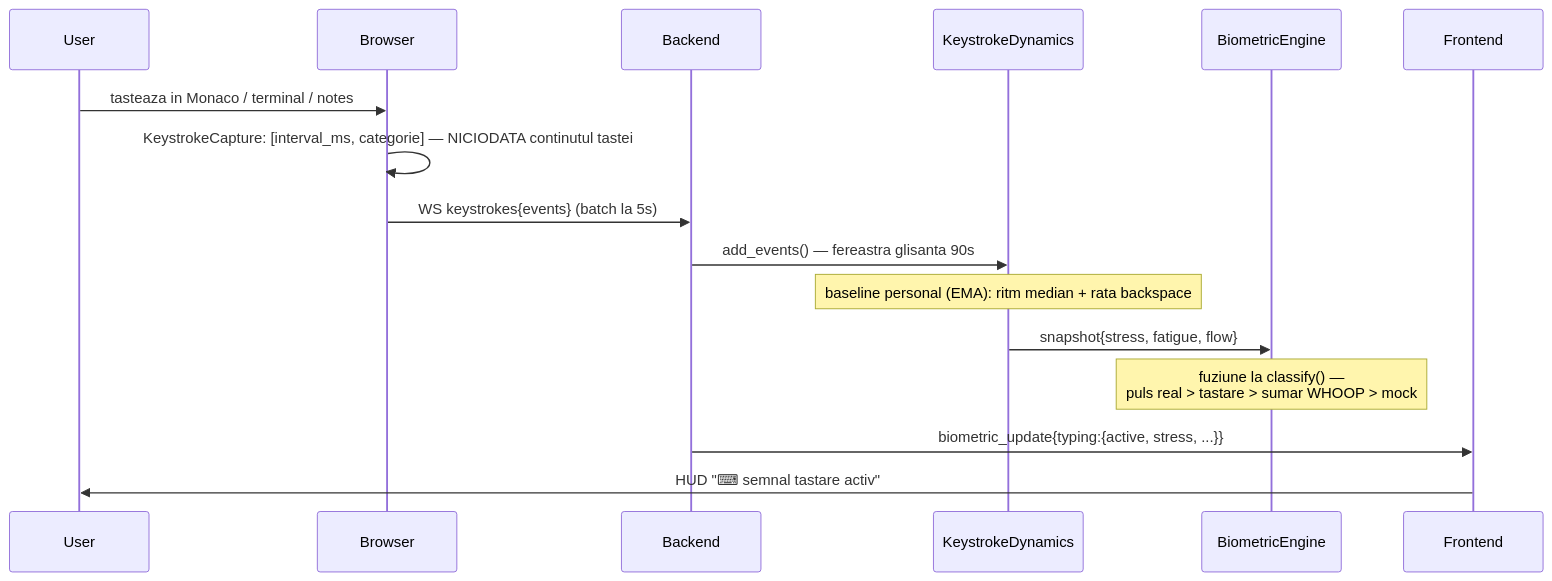
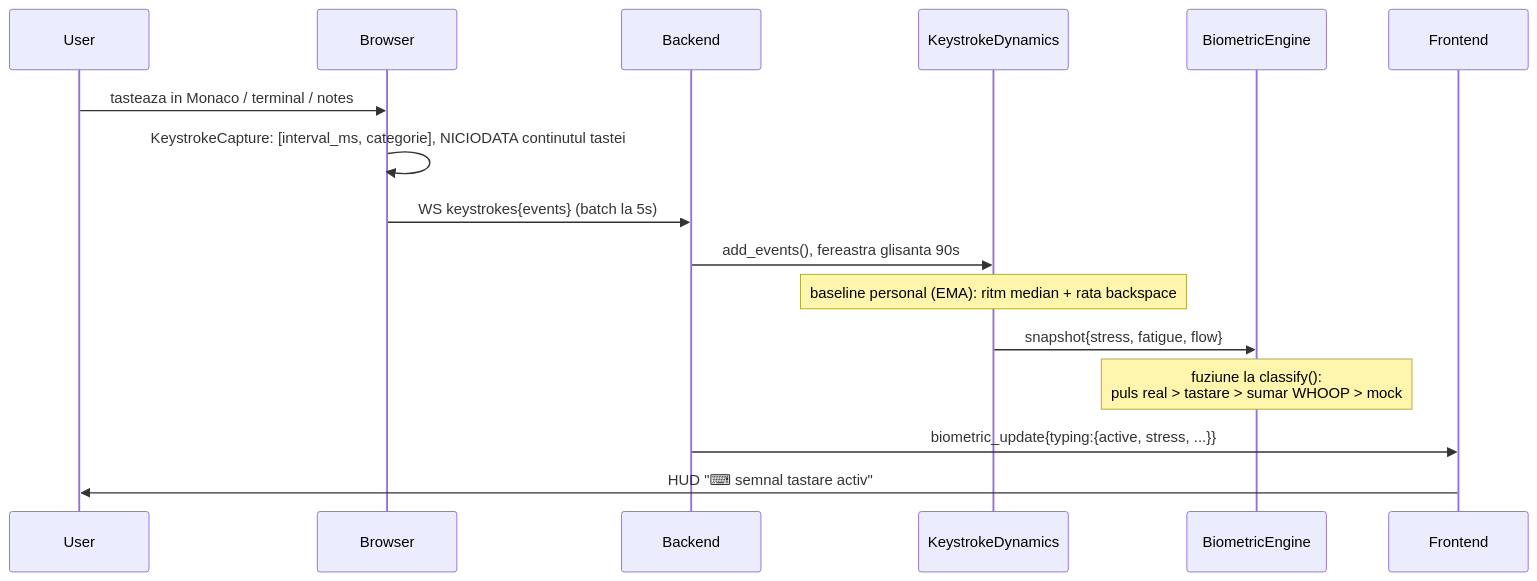
Before and after one commit to amarieidavid26-byte/devlife: the fourth of 4 diagrams in docs/architecture.md, drawn with Mermaid. The commit also changed other lines of this file and 38 other files, not shown here.

````diff
--- a/docs/architecture.md
+++ b/docs/architecture.md
@@ -311,12 +327,12 @@
 ```mermaid
 sequenceDiagram
     User->>Browser: tasteaza in Monaco / terminal / notes
-    Browser->>Browser: KeystrokeCapture: [interval_ms, categorie] — NICIODATA continutul tastei
+    Browser->>Browser: KeystrokeCapture: [interval_ms, categorie], NICIODATA continutul tastei
     Browser->>Backend: WS keystrokes{events} (batch la 5s)
-    Backend->>KeystrokeDynamics: add_events() — fereastra glisanta 90s
+    Backend->>KeystrokeDynamics: add_events(), fereastra glisanta 90s
     Note over KeystrokeDynamics: baseline personal (EMA): ritm median + rata backspace
     KeystrokeDynamics->>BiometricEngine: snapshot{stress, fatigue, flow}
-    Note over BiometricEngine: fuziune la classify() —<br/>puls real > tastare > sumar WHOOP > mock
+    Note over BiometricEngine: fuziune la classify():<br/>puls real > tastare > sumar WHOOP > mock
     Backend->>Frontend: biometric_update{typing:{active, stress, ...}}
     Frontend->>User: HUD "⌨ semnal tastare activ"
 ```
````
